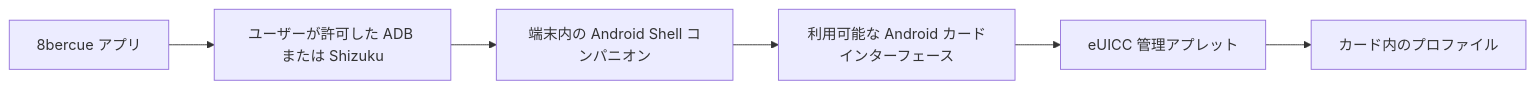
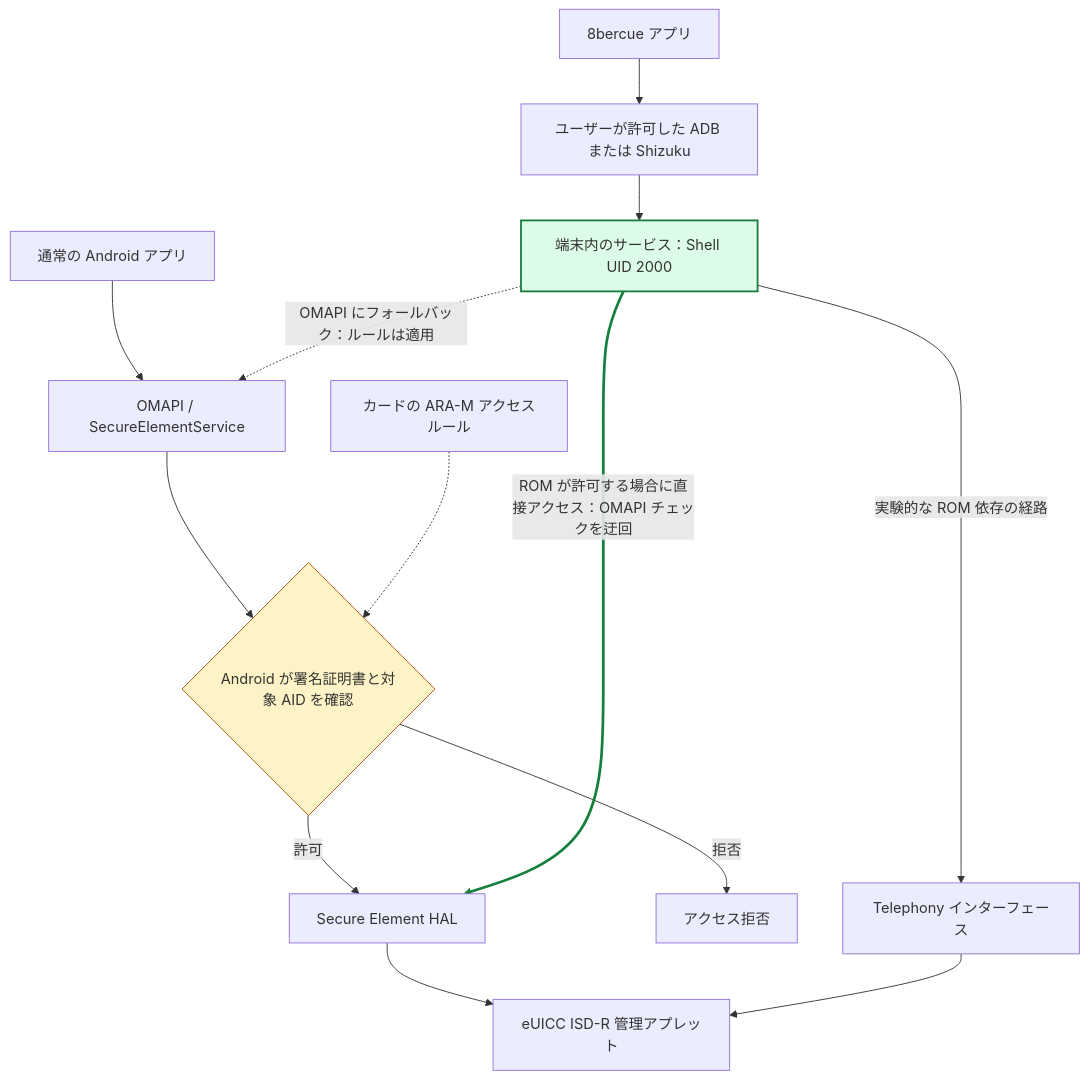
One commit to sidnvy/8bercue changed the diagram in README.ja.md. Above: the diagram before and after it, drawn with Mermaid. The commit also changed other lines of this file and 4 other files, not shown here.

Commit message:
docs: show where Shell bypasses OMAPI app checks (#32)

````diff
--- a/README.ja.md
+++ b/README.ja.md
@@ -83,8 +89,18 @@
 ```mermaid
-flowchart LR
+flowchart TB
+    Normal["通常の Android アプリ"] --> OMAPI["OMAPI / SecureElementService"]
+    OMAPI --> Check{"Android が署名証明書と対象 AID を確認"}
+    Rules["カードの ARA-M アクセスルール"] -.-> Check
+    Check -->|"許可"| HAL["Secure Element HAL"]
+    Check -->|"拒否"| Denied["アクセス拒否"]
     App["8bercue アプリ"] --> Auth["ユーザーが許可した ADB または Shizuku"]
-    Auth --> Shell["端末内の Android Shell コンパニオン"]
-    Shell --> Route["利用可能な Android カードインターフェース"]
-    Route --> Card["eUICC 管理アプレット"]
-    Card --> Profiles["カード内のプロファイル"]
+    Auth --> Shell["端末内のサービス：Shell UID 2000"]
+    Shell -->|"ROM が許可する場合に直接アクセス：OMAPI チェックを迂回"| HAL
+    Shell -->|"実験的な ROM 依存の経路"| Phone["Telephony インターフェース"]
+    Shell -.->|"OMAPI にフォールバック：ルールは適用"| OMAPI
+    HAL --> Card["eUICC ISD-R 管理アプレット"]
+    Phone --> Card
+    style Shell fill:#dcfce7,stroke:#15803d,stroke-width:2px
+    style Check fill:#fef3c7,stroke:#b45309
+    linkStyle 7 stroke:#15803d,stroke-width:3px
 ```
````
